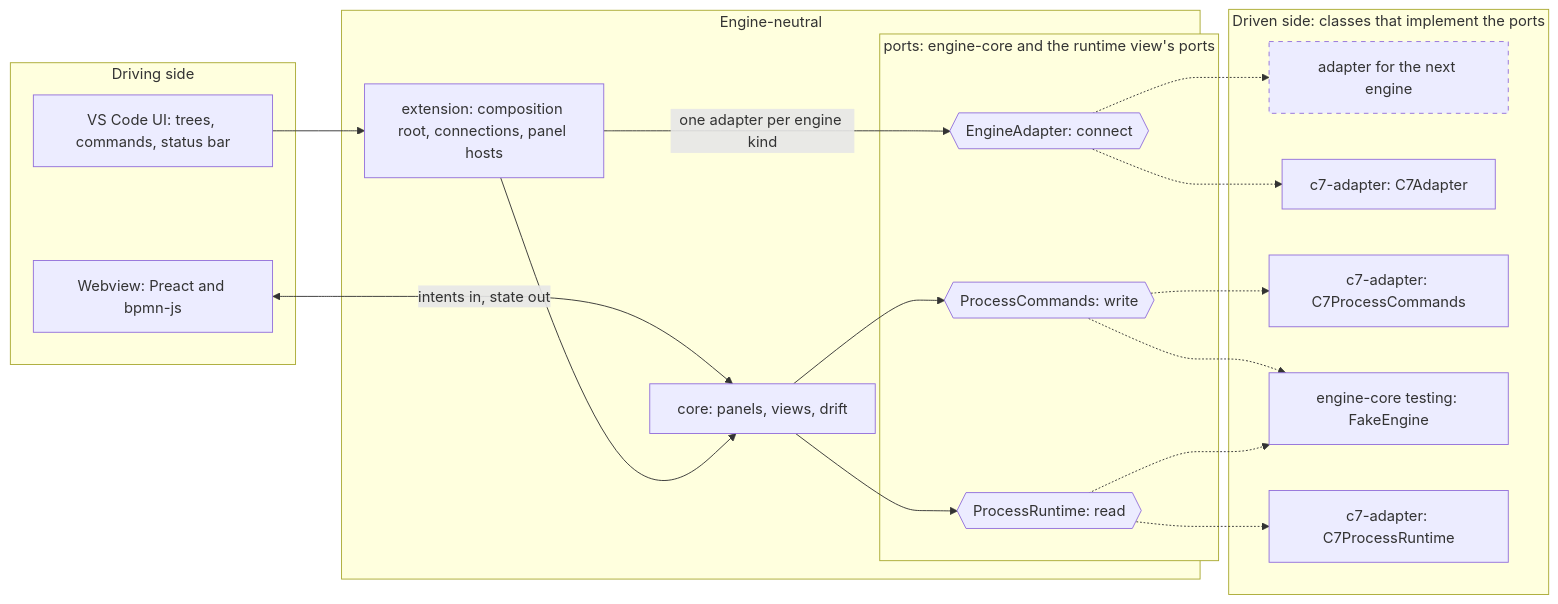
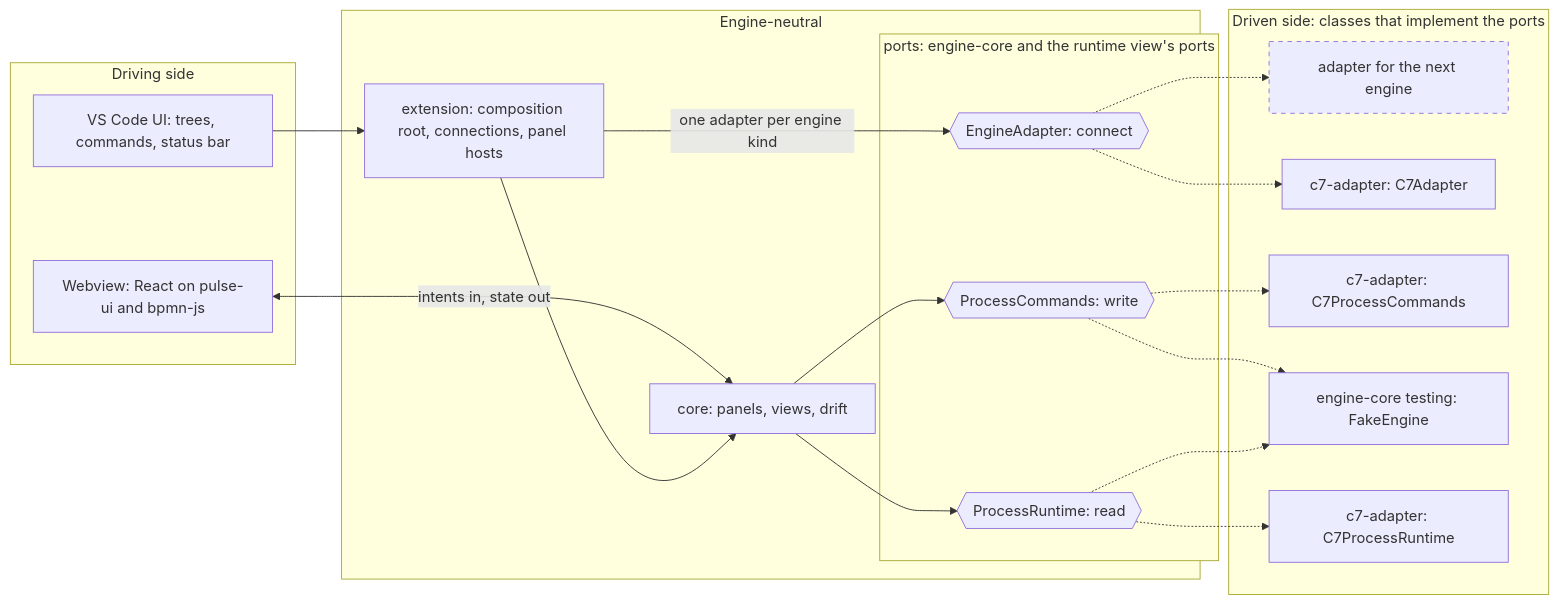
Before and after one commit to Miragon/pulse: the second of 7 diagrams in apps/vscode/docs/architecture-overview.md, drawn with Mermaid. The commit also changed other lines of this file and 164 other files, not shown here.

````diff
--- a/apps/vscode/docs/architecture-overview.md
+++ b/apps/vscode/docs/architecture-overview.md
@@ -80,35 +80,35 @@
 ```mermaid
 flowchart LR
   subgraph driving [Driving side]
     ui[VS Code UI: trees, commands, status bar]
-    webview[Webview: Preact and bpmn-js]
+    webview[Webview: React on pulse-ui and bpmn-js]
   end
   subgraph neutral [Engine-neutral]
     extension[extension: composition root, connections, panel hosts]
     core[core: panels, views, drift]
     subgraph ports [ports: engine-core and the runtime view's ports]
       adapterPort{{EngineAdapter: connect}}
       runtime{{ProcessRuntime: read}}
       commands{{ProcessCommands: write}}
     end
   end
   subgraph driven [Driven side: classes that implement the ports]
     next["adapter for the next engine"]
     c7Adapter[c7-adapter: C7Adapter]
     c7Commands[c7-adapter: C7ProcessCommands]
     fake[engine-core testing: FakeEngine]
     c7Runtime[c7-adapter: C7ProcessRuntime]
   end
 
   ui --> extension
   webview <-- intents in, state out --> core
   extension --> core
   extension -- one adapter per engine kind --> adapterPort
   core --> runtime
   core --> commands
   adapterPort -.-> c7Adapter & next
   commands -.-> c7Commands & fake
   runtime -.-> fake & c7Runtime
   classDef planned stroke-dasharray: 5 5
   class next planned
 ```
````
